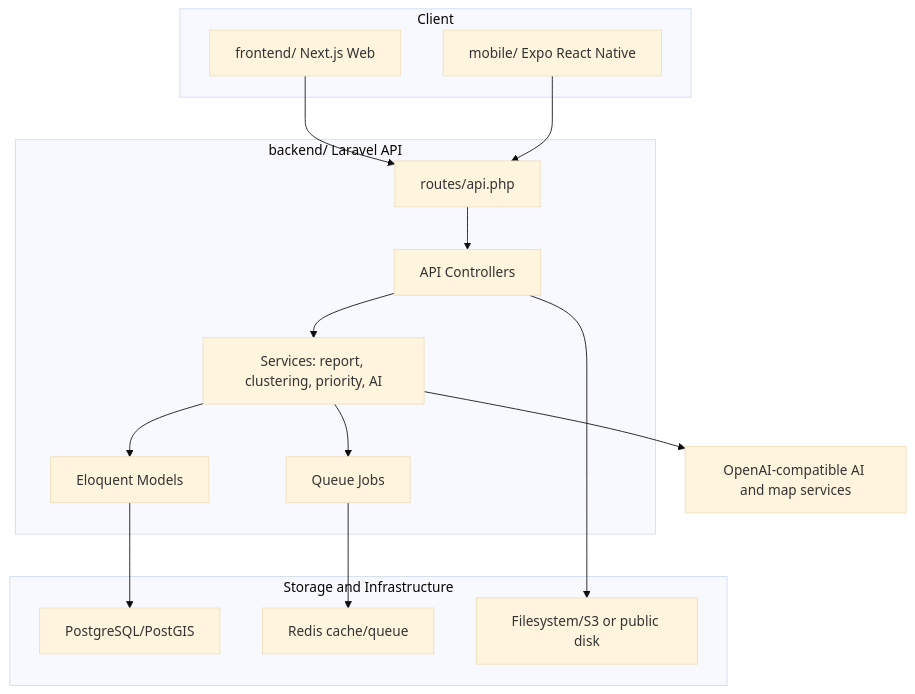
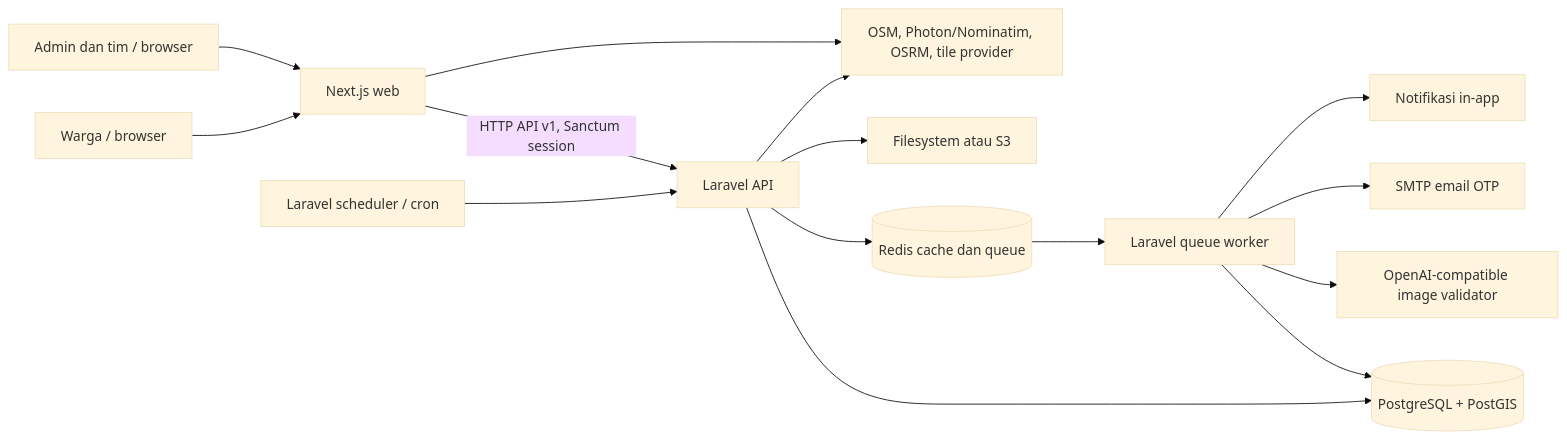
Before and after one commit to AdrianSA2009/NadiKota: the first of 6 diagrams in PROJECT_OVERVIEW.md, drawn with Mermaid (base theme). The commit also changed other lines of this file and 20 other files, not shown here.

````diff
--- a/PROJECT_OVERVIEW.md
+++ b/PROJECT_OVERVIEW.md
@@ -57,30 +69,17 @@
 ```mermaid
-flowchart TB
-  subgraph Clients["Client"]
-    Web["frontend/ Next.js Web"]
-    Mobile["mobile/ Expo React Native"]
-  end
-  subgraph Backend["backend/ Laravel API"]
-    Routes["routes/api.php"]
-    Controllers["API Controllers"]
-    Services["Services: report, clustering, priority, AI"]
-    Jobs["Queue Jobs"]
-    Models["Eloquent Models"]
-  end
-  subgraph Storage["Storage and Infrastructure"]
-    DB["PostgreSQL/PostGIS"]
-    Redis["Redis cache/queue"]
-    Files["Filesystem/S3 or public disk"]
-  end
-  External["OpenAI-compatible AI and map services"]
-  Web --> Routes
-  Mobile --> Routes
-  Routes --> Controllers
-  Controllers --> Services
-  Services --> Models
-  Services --> Jobs
-  Jobs --> Redis
-  Models --> DB
-  Controllers --> Files
-  Services --> External
+flowchart LR
+    Citizen[Warga / browser] --> Web[Next.js web]
+    Staff[Admin dan tim / browser] --> Web
+    Web -->|HTTP API v1, Sanctum session| API[Laravel API]
+    API --> DB[(PostgreSQL + PostGIS)]
+    API --> Redis[(Redis cache dan queue)]
+    Redis --> Worker[Laravel queue worker]
+    Worker --> DB
+    Worker --> AI[OpenAI-compatible image validator]
+    Worker --> Mail[SMTP email OTP]
+    Worker --> Notify[Notifikasi in-app]
+    API --> Storage[Filesystem atau S3]
+    Web --> Geo[OSM, Photon/Nominatim, OSRM, tile provider]
+    API --> Geo
+    Scheduler[Laravel scheduler / cron] --> API
 ```
````
